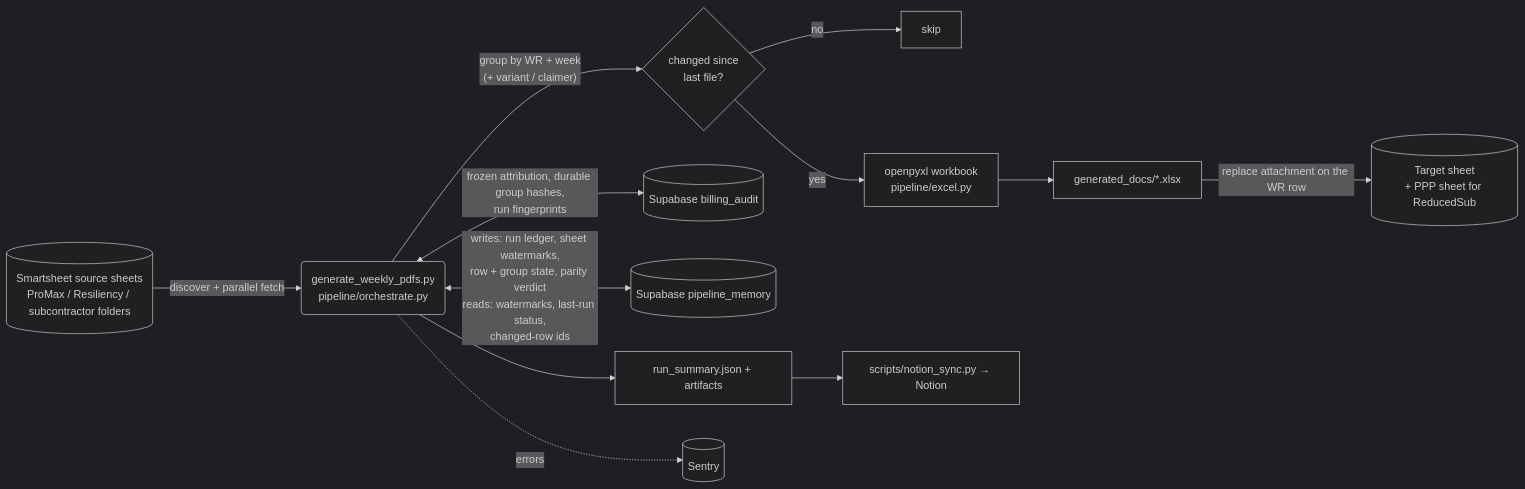
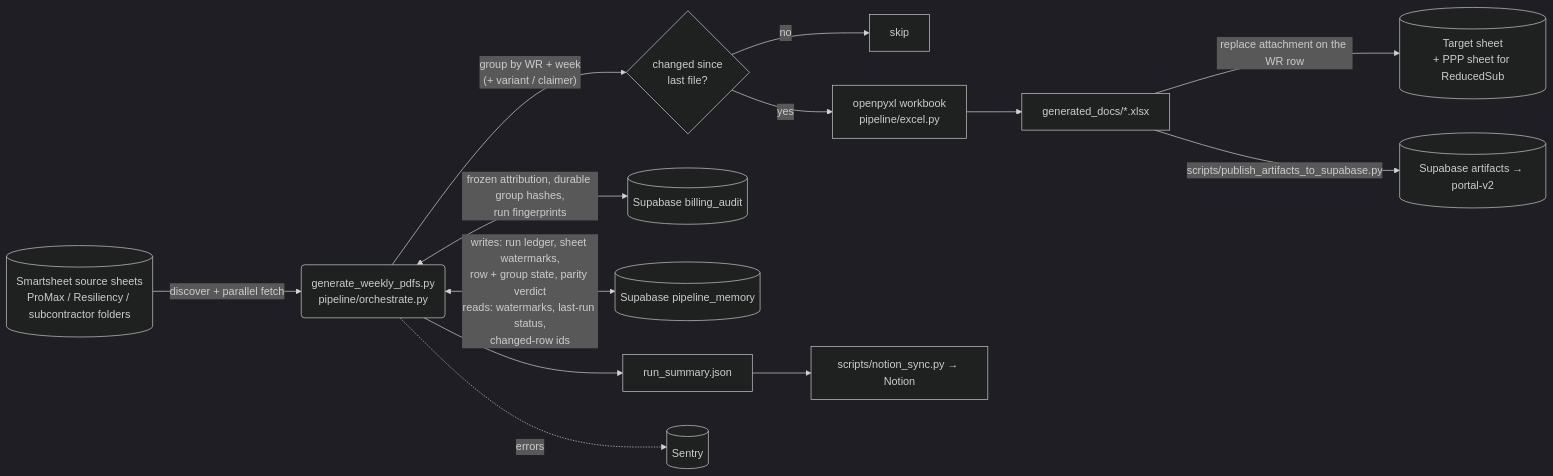
One commit to JFlo21/Generate-Weekly-PDFs-DSR-Resiliency changed the diagram in website/docs/runbook/overview.md. Above: the diagram before and after it, drawn with Mermaid (dark theme). The commit also changed other lines of this file and 2 other files, not shown here.

Commit message:
docs(learn): Copilot round 9 — manual run is no remedy, output consumers split, normal-run counts

````diff
--- a/website/docs/runbook/overview.md
+++ b/website/docs/runbook/overview.md
@@ -18,14 +18,15 @@
 ```mermaid
 flowchart LR
     A[(Smartsheet source sheets<br/>ProMax / Resiliency / subcontractor folders)] -->|discover + parallel fetch| B(generate_weekly_pdfs.py<br/>pipeline/orchestrate.py)
     B -->|"group by WR + week<br/>(+ variant / claimer)"| C{changed since<br/>last file?}
     C -- no --> S[skip]
     C -- yes --> D[openpyxl workbook<br/>pipeline/excel.py]
     D --> E[generated_docs/*.xlsx]
     E -->|replace attachment on the WR row| T[(Target sheet<br/>+ PPP sheet for ReducedSub)]
     B <-->|frozen attribution, durable group hashes,<br/>run fingerprints| BA[(Supabase billing_audit)]
     B <-->|writes: run ledger, sheet watermarks,<br/>row + group state, parity verdict<br/>reads: watermarks, last-run status,<br/>changed-row ids| PM[(Supabase pipeline_memory)]
-    B --> R[run_summary.json + artifacts]
+    B --> R[run_summary.json]
     R --> N[scripts/notion_sync.py → Notion]
+    E -->|scripts/publish_artifacts_to_supabase.py| PA[(Supabase artifacts → portal-v2)]
     B -.errors.-> X[(Sentry)]
 ```
````
